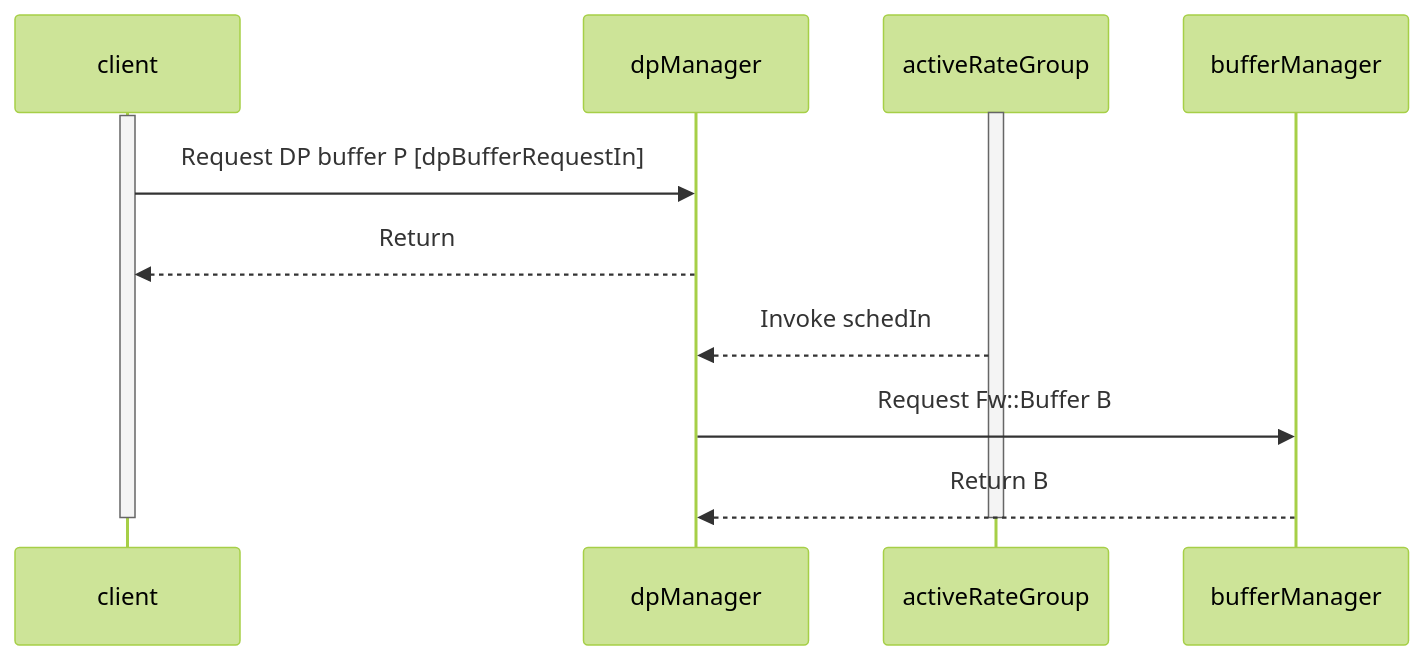
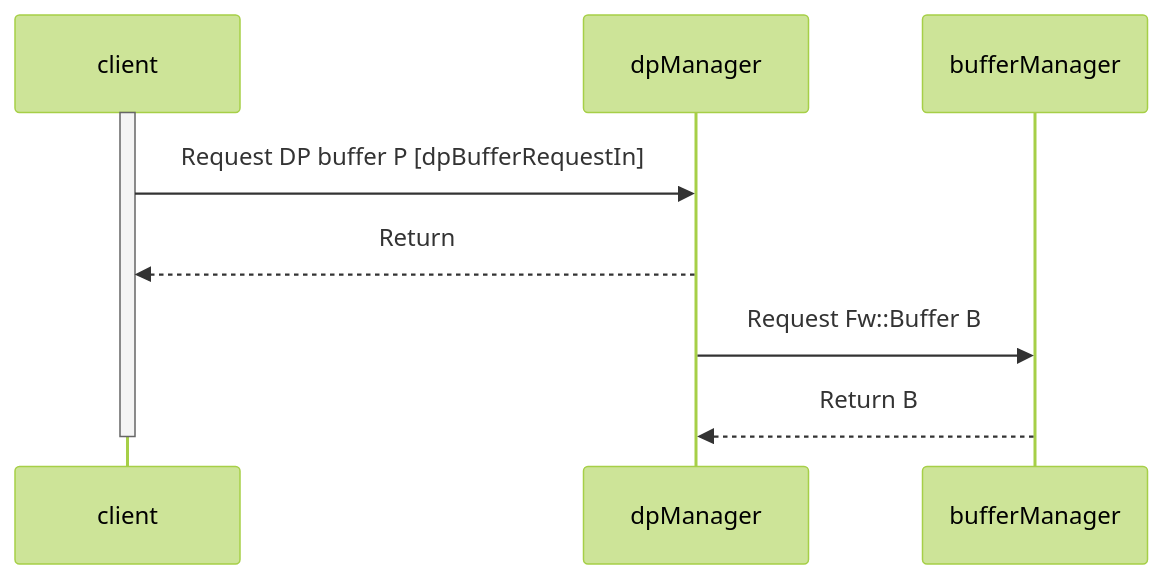
The diagram in Svc/DpManager/docs/sdd.md (bocchino/fprime), drawn with Mermaid (forest theme) before and after one commit. The commit also changed other lines of this file and 1 other file, not shown here.

First line of the commit message:
Revise model and SDD for DpManager

````diff
--- a/Svc/DpManager/docs/sdd.md
+++ b/Svc/DpManager/docs/sdd.md
@@ -148,12 +141,9 @@
 ```mermaid
 sequenceDiagram
-    activate activeRateGroup
     activate client
     client->>dpManager: Request DP buffer P [dpBufferRequestIn]
     dpManager-->>client: Return
-    activeRateGroup-->>dpManager: Invoke schedIn
     dpManager->>bufferManager: Request Fw::Buffer B
     bufferManager-->>dpManager: Return B
     deactivate client
-    deactivate activeRateGroup
 ```
````
